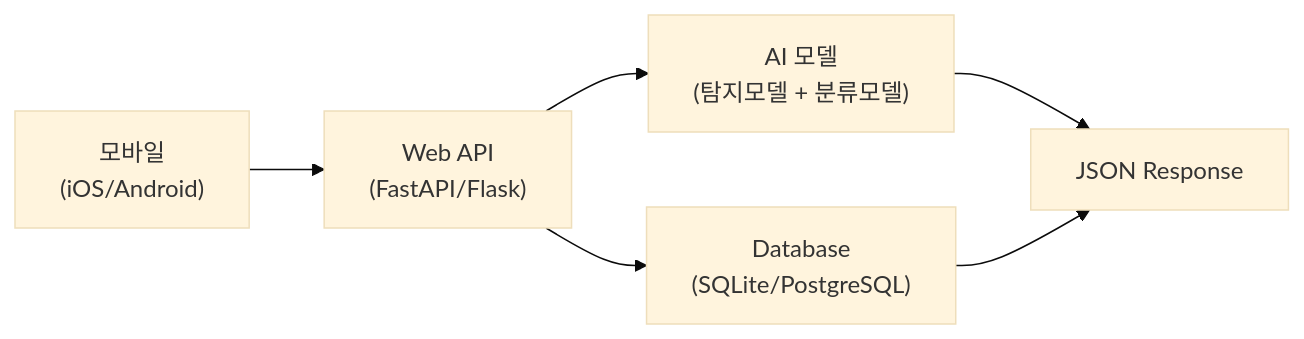
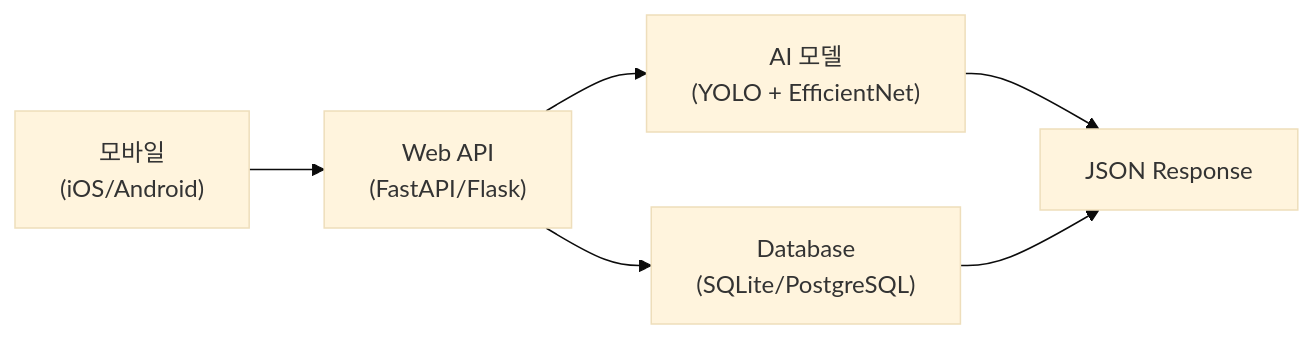
One commit to c0z0c/codeit_ai_health_eat changed the first of 12 diagrams in docs/md/아키텍처설계_v2.md. Above: the diagram before and after it, drawn with Mermaid (base theme). The commit also changed other lines of this file and 1 other file, not shown here.

````diff
--- a/docs/md/아키텍처설계_v2.md
+++ b/docs/md/아키텍처설계_v2.md
@@ -25,8 +25,8 @@
 ```mermaid
 graph LR
     A["모바일<br/>(iOS/Android)"] --> B["Web API<br/>(FastAPI/Flask)"]
-    B --> C["AI 모델<br/>(탐지모델 + 분류모델)"]
+    B --> C["AI 모델<br/>(YOLO + EfficientNet)"]
     B --> D["Database<br/>(SQLite/PostgreSQL)"]
     C --> E["JSON Response"]
     D --> E
 ```
````
